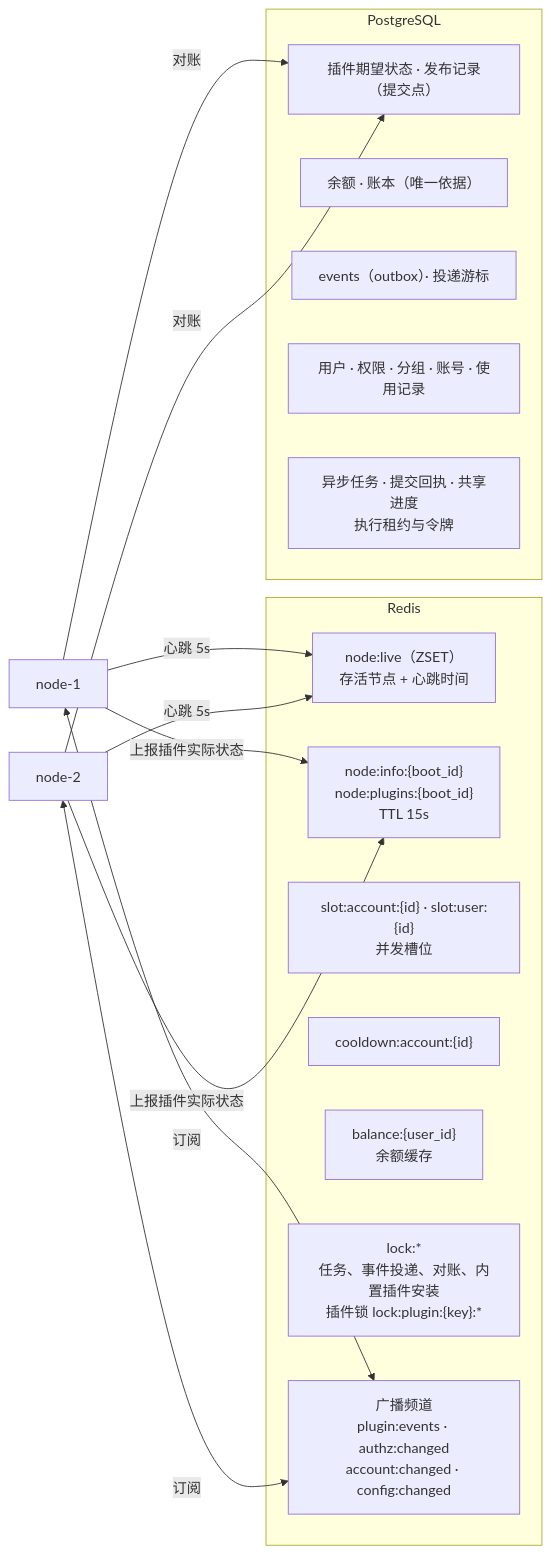
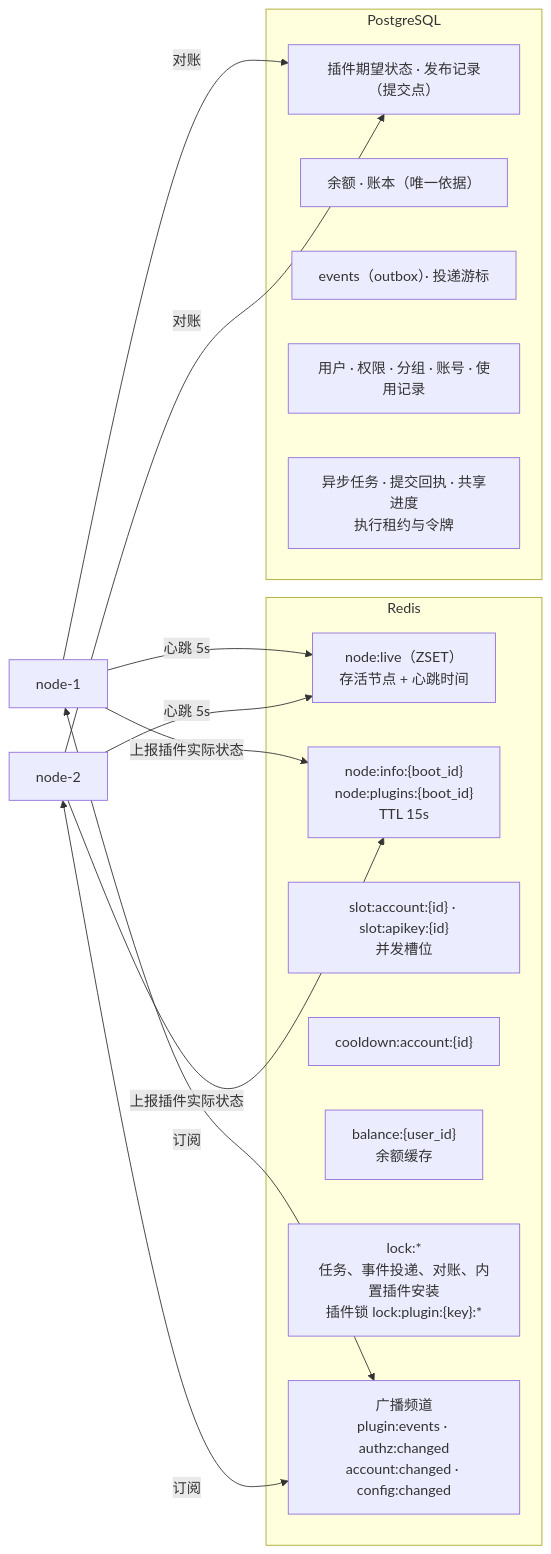
Before and after one commit to Sub2API-Devs/sup2api: the third of 18 diagrams in next/docs/ARCHITECTURE.md, drawn with Mermaid. The commit also changed other lines of this file and 4 other files, not shown here.

````diff
--- a/next/docs/ARCHITECTURE.md
+++ b/next/docs/ARCHITECTURE.md
@@ -165,23 +165,23 @@
 ```mermaid
 flowchart LR
   subgraph redis["Redis"]
     live["node:live（ZSET）<br/>存活节点 + 心跳时间"]
     info["node:info:{boot_id}<br/>node:plugins:{boot_id}<br/>TTL 15s"]
-    slots["slot:account:{id} · slot:user:{id}<br/>并发槽位"]
+    slots["slot:account:{id} · slot:apikey:{id}<br/>并发槽位"]
     cool["cooldown:account:{id}"]
     bal["balance:{user_id}<br/>余额缓存"]
     locks["lock:*<br/>任务、事件投递、对账、内置插件安装<br/>插件锁 lock:plugin:{key}:*"]
     bus["广播频道<br/>plugin:events · authz:changed<br/>account:changed · config:changed"]
   end
   subgraph pg["PostgreSQL"]
     desired["插件期望状态 · 发布记录（提交点）"]
     ledger["余额 · 账本（唯一依据）"]
     outbox["events（outbox）· 投递游标"]
     data["用户 · 权限 · 分组 · 账号 · 使用记录"]
     tasks["异步任务 · 提交回执 · 共享进度<br/>执行租约与令牌"]
   end
   n1["node-1"] & n2["node-2"] -- "心跳 5s" --> live
   n1 & n2 -- "上报插件实际状态" --> info
   n1 & n2 -- "对账" --> desired
   n1 & n2 <-- "订阅" --> bus
 ```
````
